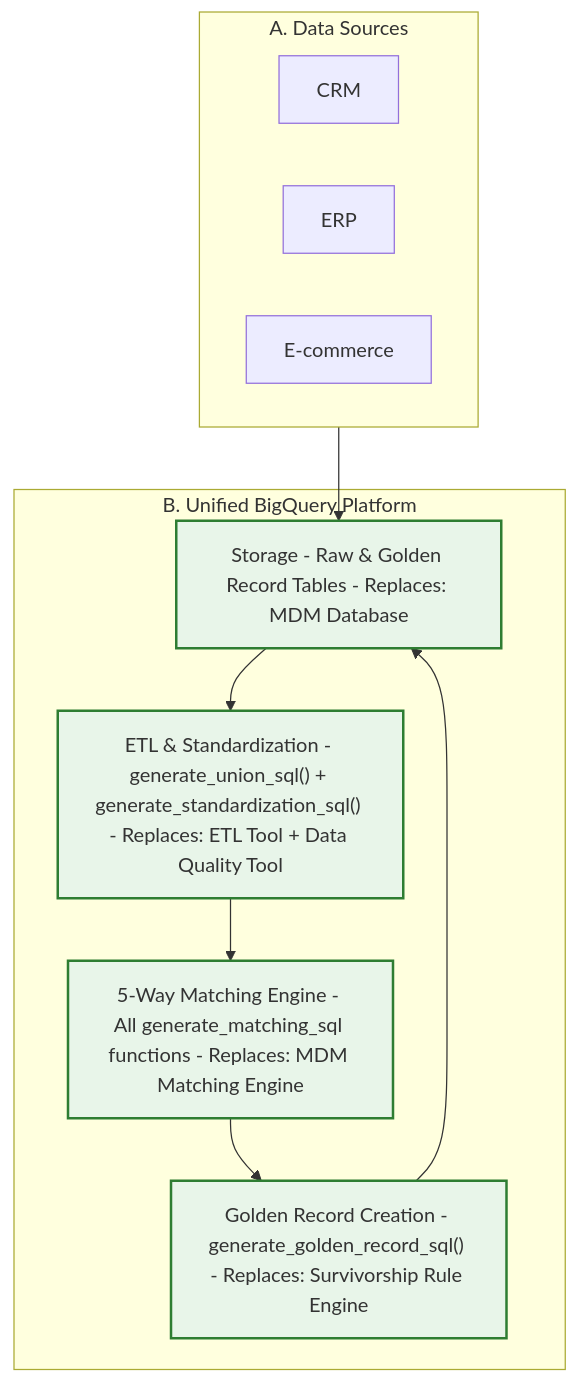
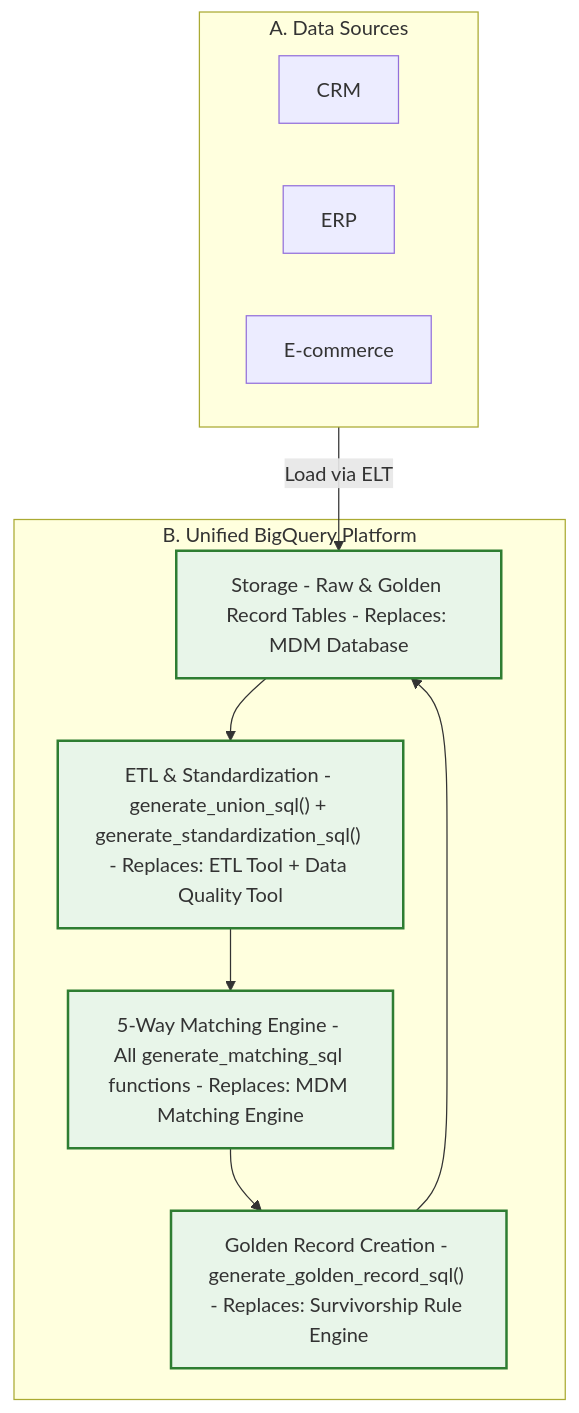
The second of 5 diagrams in presentation_github.md (johanesalxd/mdm-gcp), drawn with Mermaid before and after one commit. The commit also changed other lines of this file, not shown here.

````diff
--- a/presentation_github.md
+++ b/presentation_github.md
@@ -108,24 +108,24 @@
 ```mermaid
 graph TD
     subgraph Sources["A. Data Sources"]
         S1[CRM]
         S2[ERP]
         S3[E-commerce]
     end
 
     subgraph BigQuery["B. Unified BigQuery Platform"]
         BQ_STORAGE["Storage - Raw & Golden Record Tables - Replaces: MDM Database"]
         BQ_ETL["ETL & Standardization - generate_union_sql() + generate_standardization_sql() - Replaces: ETL Tool + Data Quality Tool"]
         BQ_MATCH["5-Way Matching Engine - All generate_matching_sql functions - Replaces: MDM Matching Engine"]
         BQ_GOLDEN["Golden Record Creation - generate_golden_record_sql() - Replaces: Survivorship Rule Engine"]
     end
 
-    Sources --> BQ_STORAGE
+    Sources -- "Load via ELT" --> BQ_STORAGE
     BQ_STORAGE --> BQ_ETL
     BQ_ETL --> BQ_MATCH
     BQ_MATCH --> BQ_GOLDEN
     BQ_GOLDEN --> BQ_STORAGE
 
     classDef unified fill:#e8f5e9,stroke:#2e7d32,stroke-width:2px
     class BQ_STORAGE,BQ_ETL,BQ_MATCH,BQ_GOLDEN unified
 ```
````
